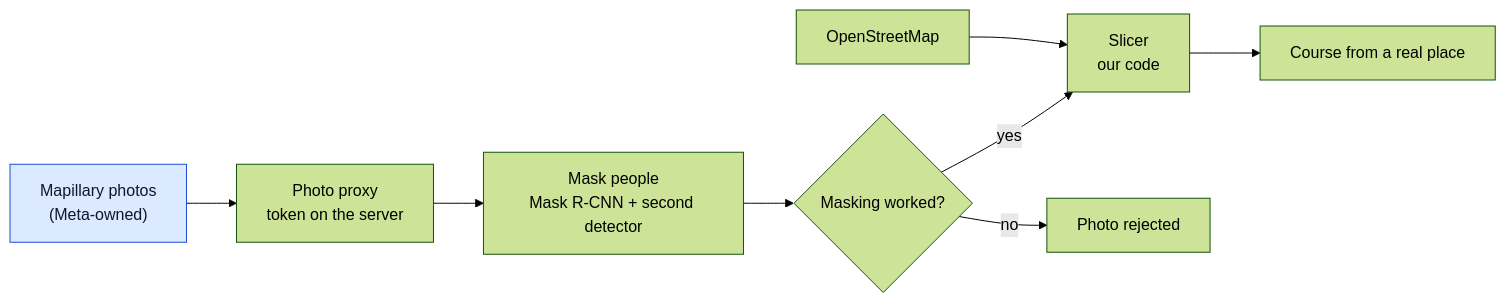
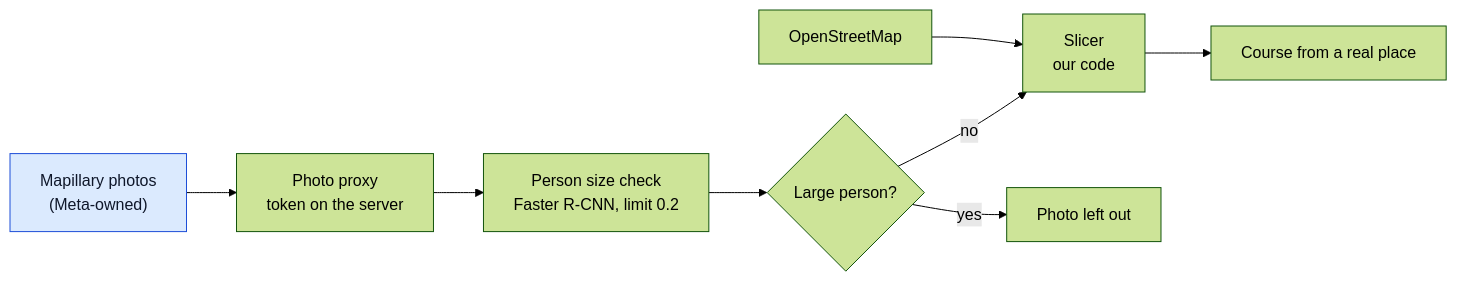
One commit to gitgithan/conquercourse changed the seventh of 7 diagrams in docs/meta-ai-pipelines.md. Above: the diagram before and after it, drawn with Mermaid (forest theme). The commit also changed other lines of this file and 2 other files, not shown here.

````diff
--- a/docs/meta-ai-pipelines.md
+++ b/docs/meta-ai-pipelines.md
@@ -193,12 +196,12 @@
 ```mermaid
 flowchart LR
   O["OpenStreetMap"] --> SL["Slicer<br/>our code"]
   MP["Mapillary photos<br/>(Meta-owned)"] --> PX["Photo proxy<br/>token on the server"]
-  PX --> MK["Mask people<br/>Mask R-CNN + second detector"]
-  MK --> OK{"Masking worked?"}
-  OK -- yes --> SL
-  OK -- no --> RJ["Photo rejected"]
+  PX --> MK["Person size check<br/>Faster R-CNN, limit 0.2"]
+  MK --> OK{"Large person?"}
+  OK -- no --> SL
+  OK -- yes --> RJ["Photo left out"]
   SL --> CRS["Course from a real place"]
   classDef meta fill:#dbeafe,stroke:#1d4ed8,color:#0f172a;
   class MP meta;
 ```
````
